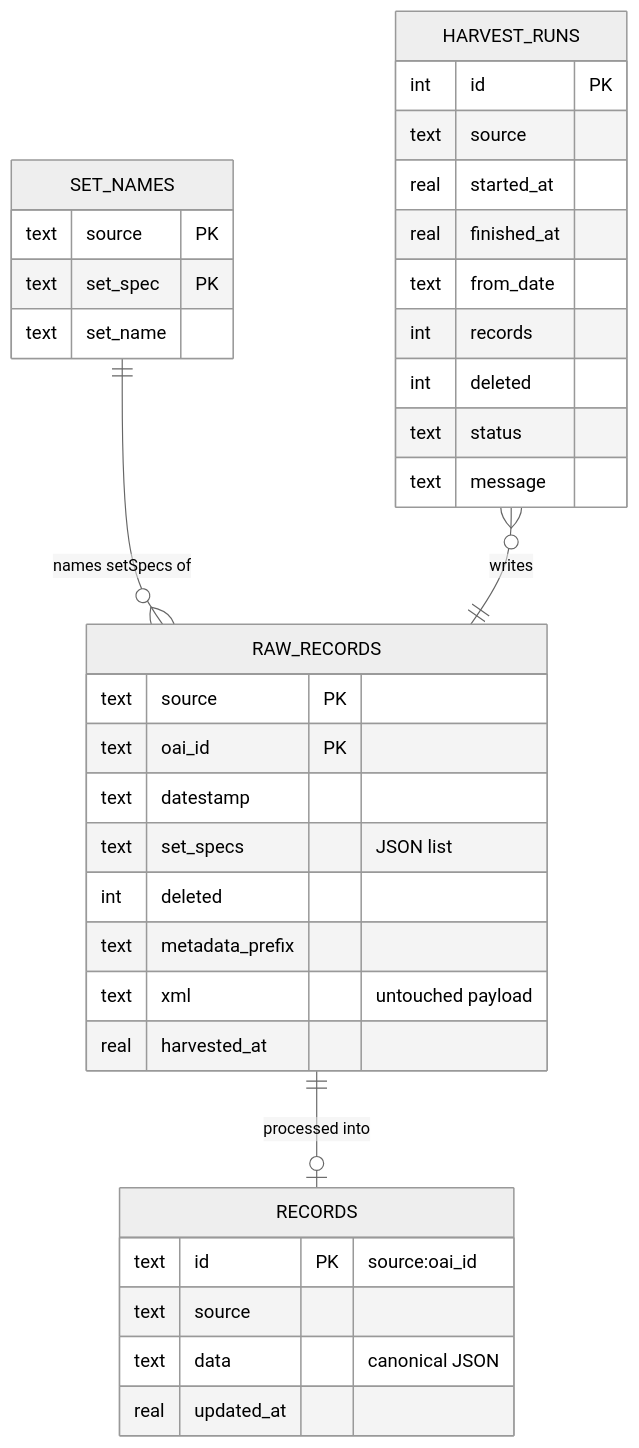
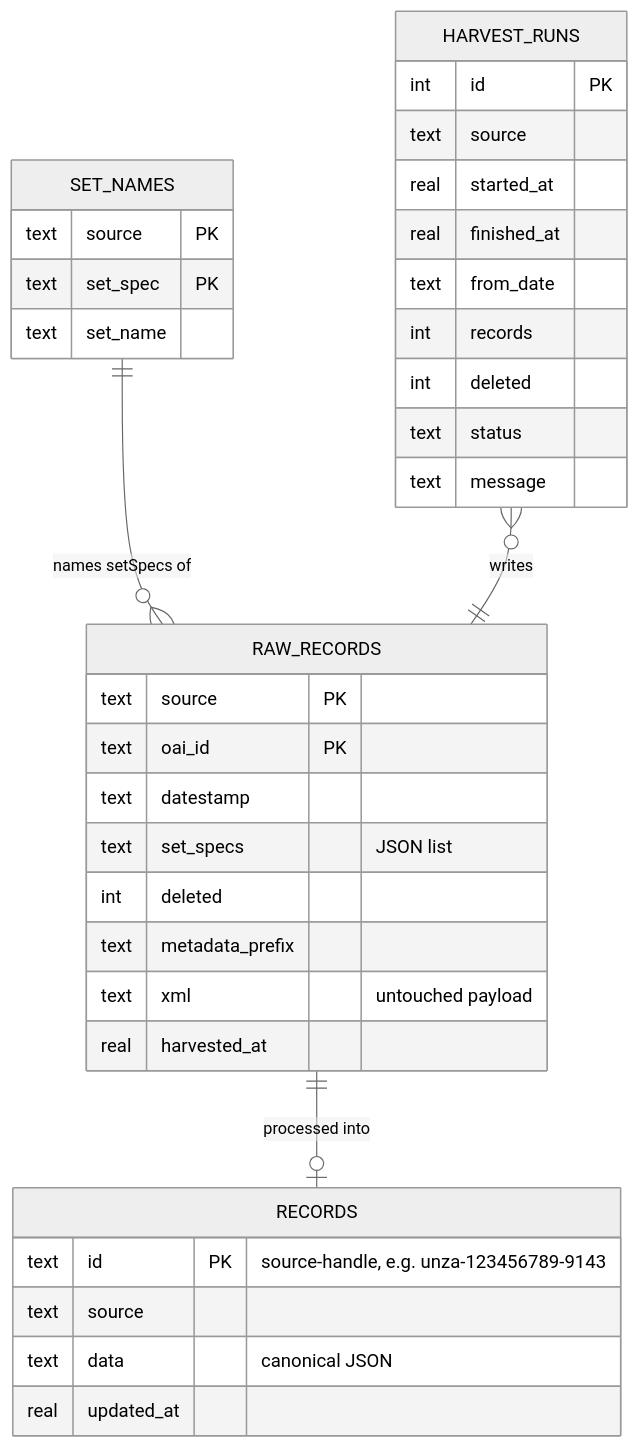
One commit to lightonphiri/code-datalab26-netd_aggregator changed the fourth of 10 diagrams in docs/SDD.md. Above: the diagram before and after it, drawn with Mermaid (neutral theme). The commit also changed other lines of this file and 9 other files, not shown here.

````diff
--- a/docs/SDD.md
+++ b/docs/SDD.md
@@ -119,38 +119,38 @@
 ```mermaid
 erDiagram
   RAW_RECORDS {
     text source PK
     text oai_id PK
     text datestamp
     text set_specs "JSON list"
     int deleted
     text metadata_prefix
     text xml "untouched payload"
     real harvested_at
   }
   SET_NAMES {
     text source PK
     text set_spec PK
     text set_name
   }
   RECORDS {
-    text id PK "source:oai_id"
+    text id PK "source-handle, e.g. unza-123456789-9143"
     text source
     text data "canonical JSON"
     real updated_at
   }
   HARVEST_RUNS {
     int id PK
     text source
     real started_at
     real finished_at
     text from_date
     int records
     int deleted
     text status
     text message
   }
   RAW_RECORDS ||--o| RECORDS : "processed into"
   SET_NAMES ||--o{ RAW_RECORDS : "names setSpecs of"
   HARVEST_RUNS }o--|| RAW_RECORDS : "writes"
 ```
````
